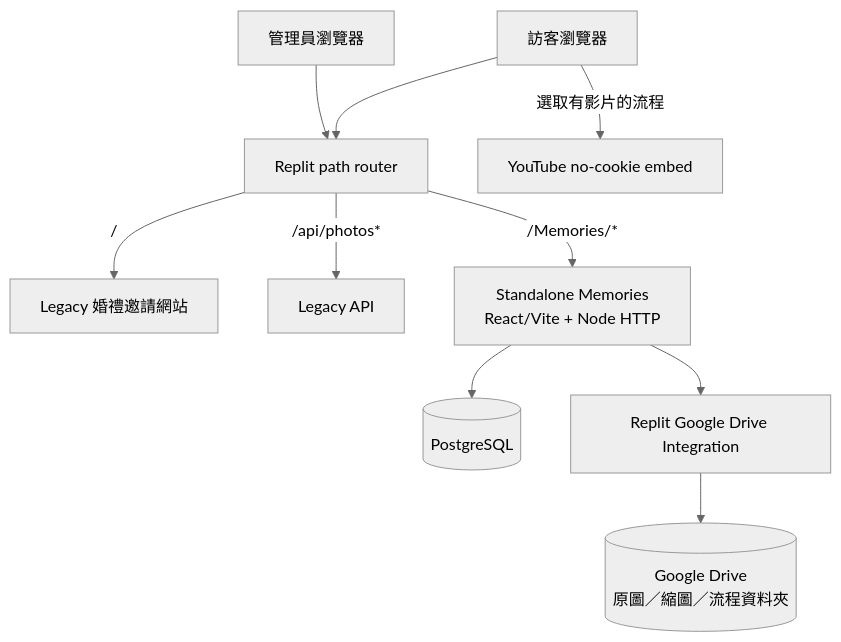
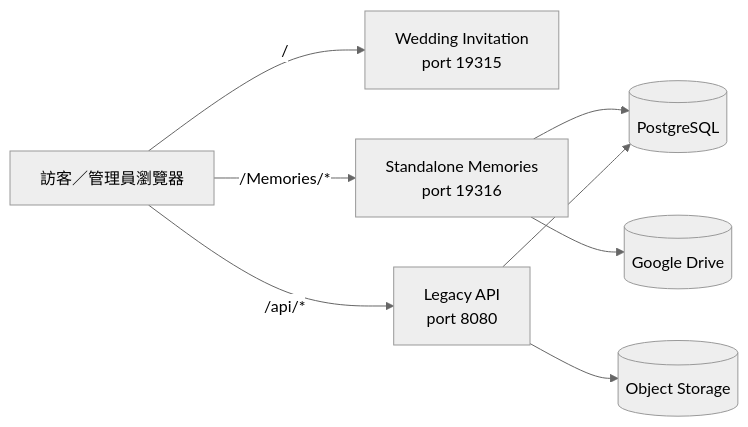
Before and after one commit to royleon4/huang_yeh_wedding: the diagram in README.md, drawn with Mermaid (neutral theme). The commit also changed other lines of this file, not shown here.

Commit message:
Rewrite repository README for current architecture

````diff
--- a/README.md
+++ b/README.md
@@ -144,22 +27,18 @@
 ```mermaid
-flowchart TB
-  Visitor[訪客瀏覽器]
-  Admin[管理員瀏覽器]
-  Router[Replit path router]
-  Legacy[Legacy 婚禮邀請網站]
-  LegacyAPI[Legacy API]
-  Memories[Standalone Memories\nReact/Vite + Node HTTP]
+flowchart LR
+  Browser[訪客／管理員瀏覽器]
+  Invite[Wedding Invitation\nport 19315]
+  Memories[Standalone Memories\nport 19316]
+  LegacyApi[Legacy API\nport 8080]
   DB[(PostgreSQL)]
-  Connector[Replit Google Drive Integration]
-  Drive[(Google Drive\n原圖／縮圖／流程資料夾)]
-  YouTube[YouTube no-cookie embed]
+  Drive[(Google Drive)]
+  Object[(Object Storage)]
 
-  Visitor --> Router
-  Admin --> Router
-  Router -->|/| Legacy
-  Router -->|/api/photos*| LegacyAPI
-  Router -->|/Memories/*| Memories
+  Browser -->|/| Invite
+  Browser -->|/Memories/*| Memories
+  Browser -->|/api/*| LegacyApi
   Memories --> DB
-  Memories --> Connector --> Drive
-  Visitor -->|選取有影片的流程| YouTube
+  Memories --> Drive
+  LegacyApi --> DB
+  LegacyApi --> Object
 ```
````
